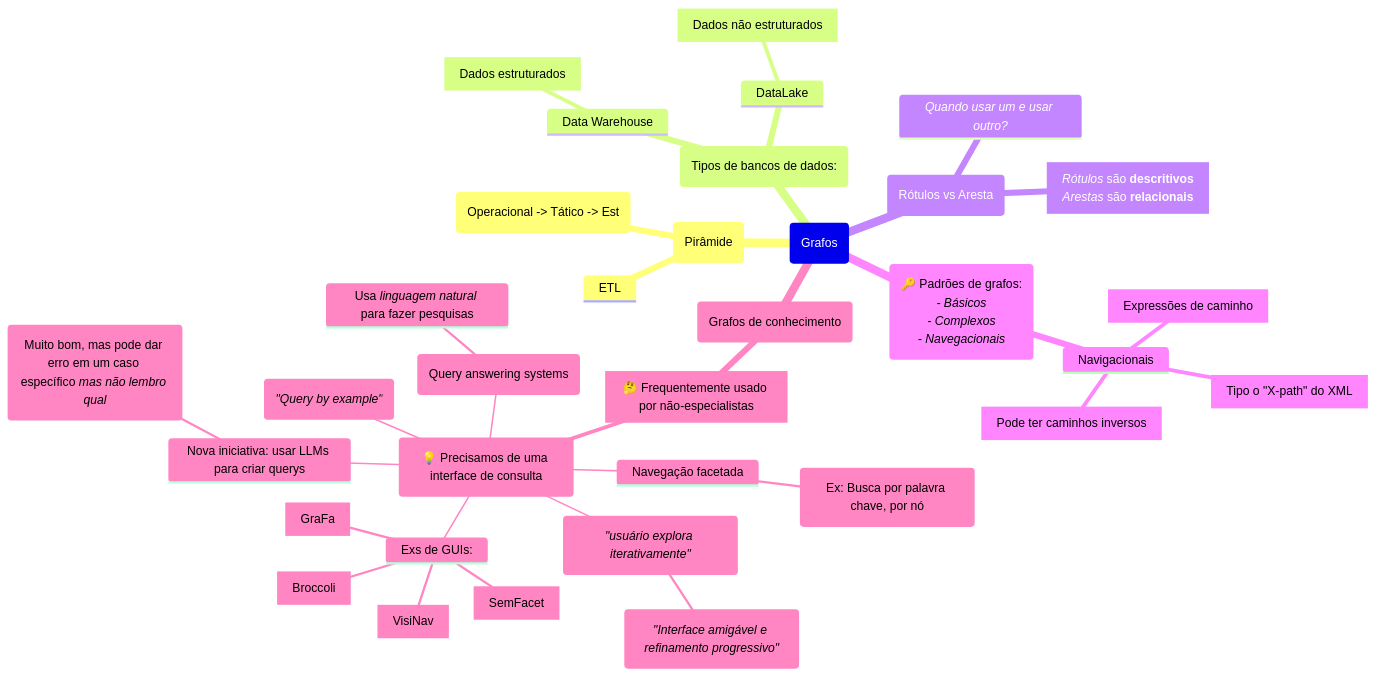
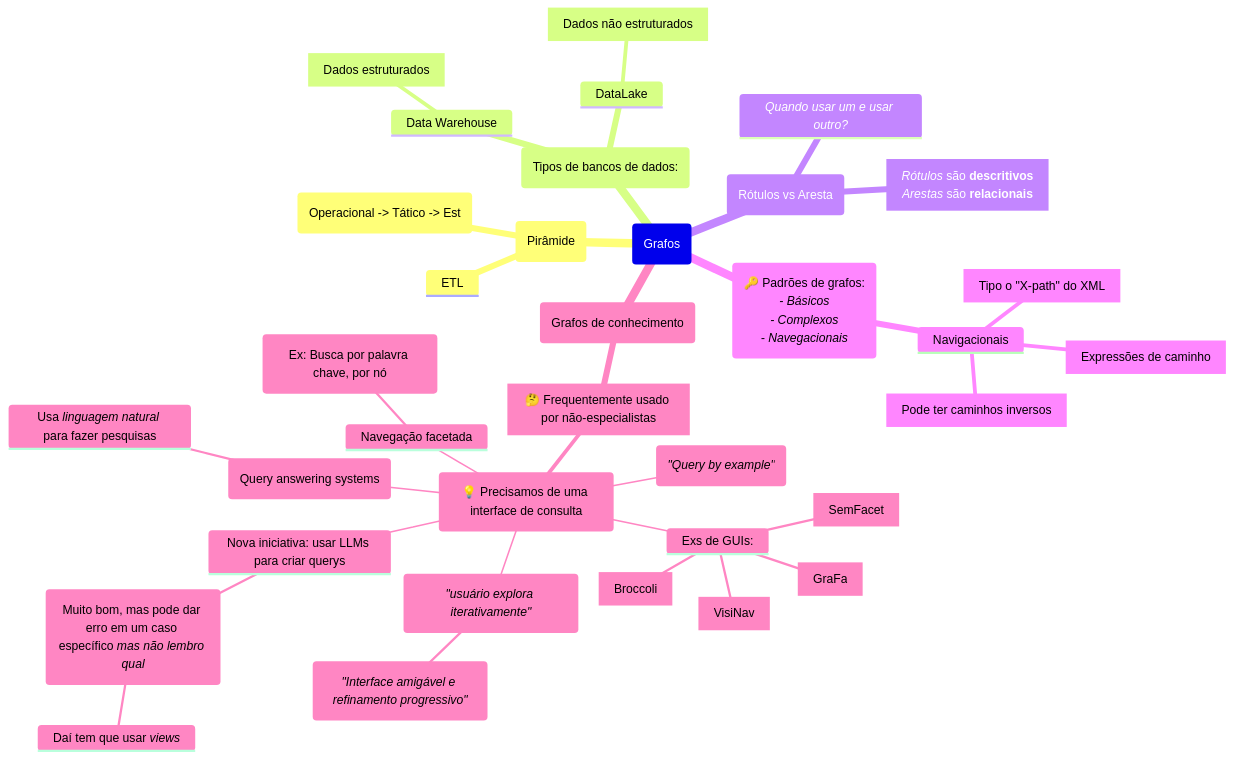
Before and after one commit to Igorino/joplin-notes: the diagram in Mestrado/Segundo Semestre/SIN5033 - Grafos de conhecimento e Ontologias/Anotações/De Aulas/Aula do dia 2026 04 08.md, drawn with Mermaid.

Commit message:
Exported on 2026-04-08_16-22-51

````diff
--- a/Mestrado/Segundo Semestre/SIN5033 - Grafos de conhecimento e Ontologias/Anotações/De Aulas/Aula do dia 2026 04 08.md
+++ b/Mestrado/Segundo Semestre/SIN5033 - Grafos de conhecimento e Ontologias/Anotações/De Aulas/Aula do dia 2026 04 08.md
@@ -1,49 +1,50 @@
 ```mermaid
 mindmap
 	Root(Grafos)
 		(Pirâmide)
 			("Operacional -> Tático -> Est")
 			ETL
 
 		(Tipos de bancos de dados:)		
 			DataLake
 				[Dados não estruturados]
 			Data Warehouse
 				[Dados estruturados]
 
 		(Rótulos vs Aresta)
 			*Quando usar um e usar outro?*
 			[*Rótulos* são **descritivos**
 			*Arestas* são **relacionais**]
 
 		(🔑 Padrões de grafos:
 		*- Básicos*
 		*- Complexos*
 		*- Navegacionais*)
 			
 			Navigacionais
 				[Tipo o "X-path" do XML]
 				["Expressões de caminho"]
 				[Pode ter caminhos inversos]
 
 		(Grafos de conhecimento)
 			[🤔 Frequentemente usado por não-especialistas]
 				(💡 Precisamos de uma interface de consulta)
 					Navegação facetada
 						(Ex: Busca por palavra chave, por nó)
 					(*"usuário explora iterativamente"*) 
 						(*"Interface amigável e refinamento progressivo"*)
 					(*"Query by example"*)
 					Exs de GUIs:
 						[Broccoli]
 						[VisiNav]
 						[SemFacet]
 						[GraFa]
 					(Query answering systems)
 						Usa *linguagem natural* para fazer pesquisas
 
 					Nova iniciativa: usar LLMs para criar querys
-						(Muito bom, mas pode dar erro em um caso específico *mas não lembro qual*) 
+						(Muito bom, mas pode dar erro em um caso específico *mas não lembro qual*)
+							Daí tem que usar *views*
 
 			
 ```
````
